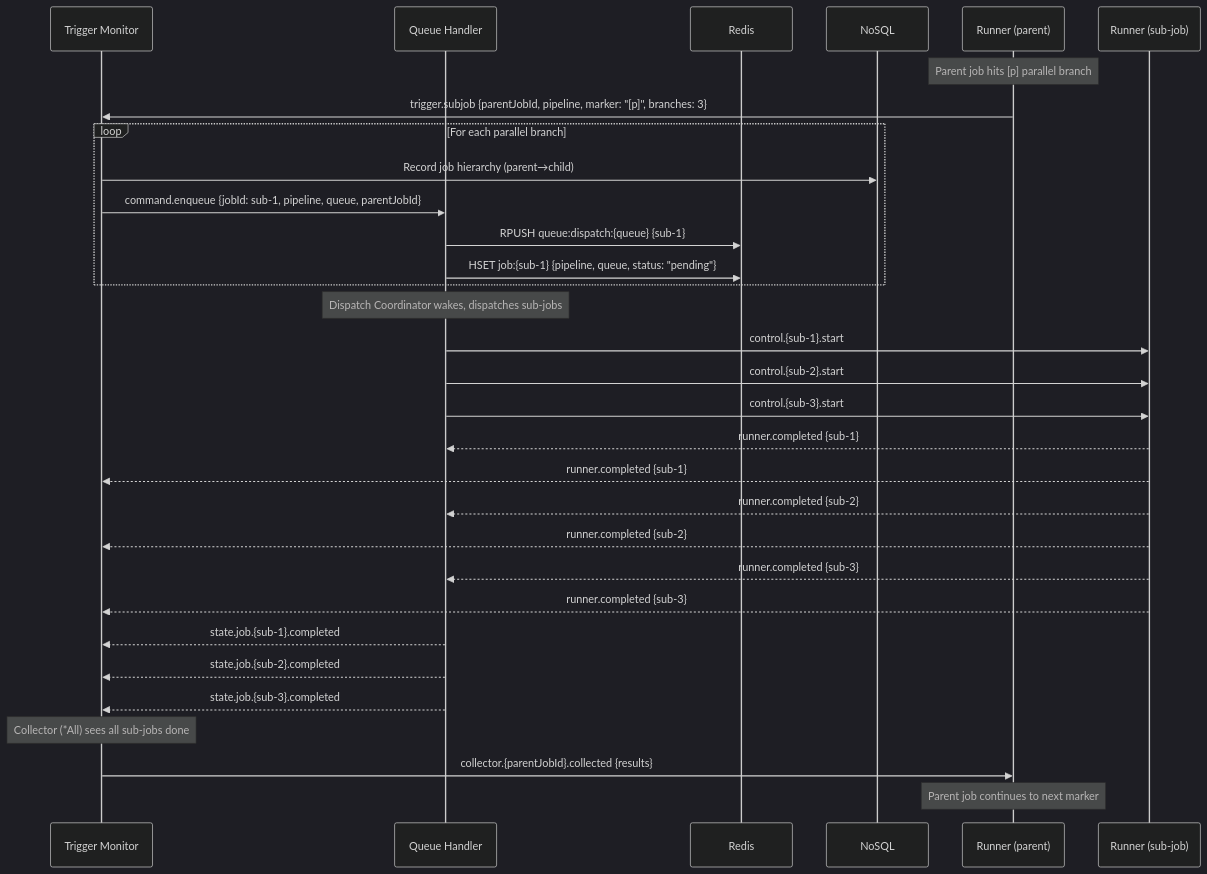
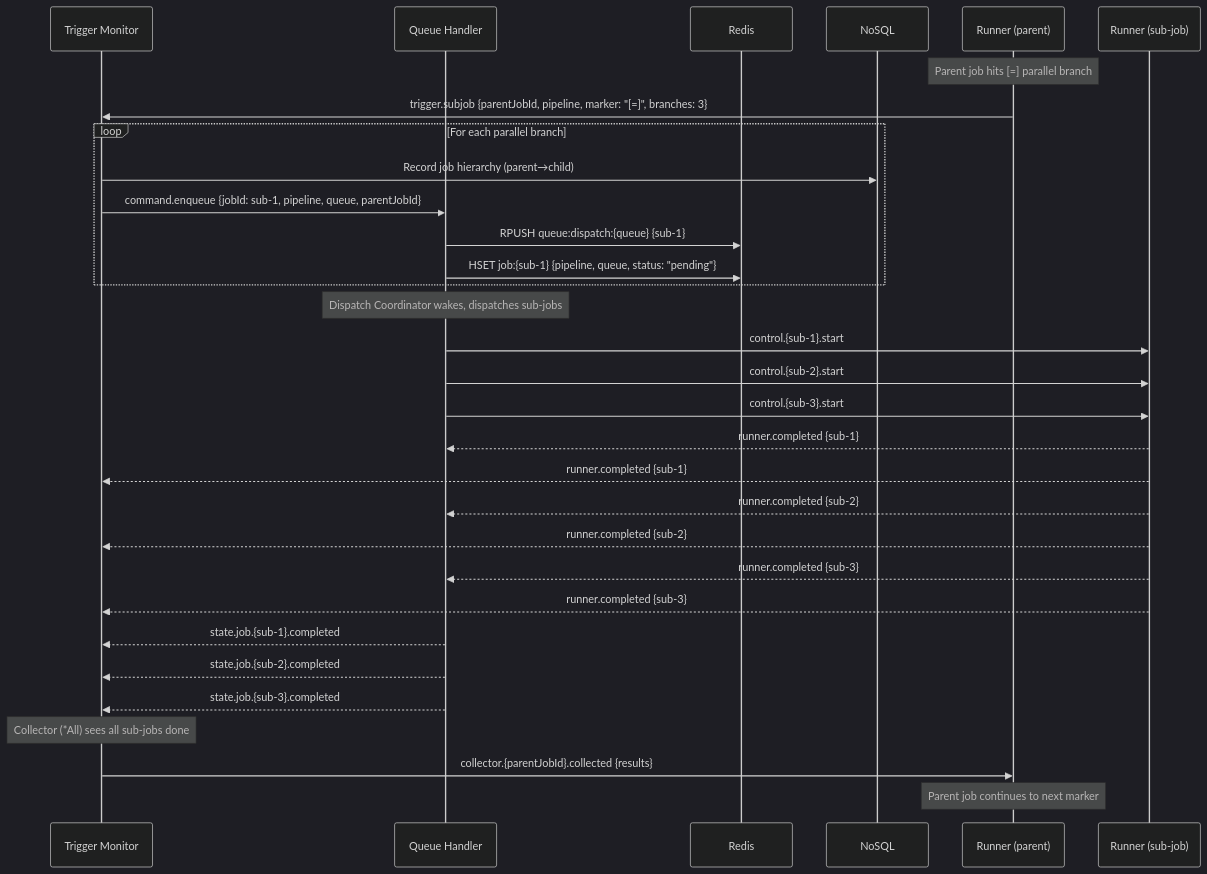
One commit to hasan-alj88/Polyglot changed the second of 5 diagrams in docs/technical/plan/queue-manager/sequence-diagrams.md. Above: the diagram before and after it, drawn with Mermaid (dark theme). The commit also changed other lines of this file and 47 other files, not shown here.

````diff
--- a/docs/technical/plan/queue-manager/sequence-diagrams.md
+++ b/docs/technical/plan/queue-manager/sequence-diagrams.md
@@ -52,39 +52,39 @@
 ```mermaid
 sequenceDiagram
     participant TM as Trigger Monitor
     participant QH as Queue Handler
     participant Redis
     participant NoSQL
     participant Runner as Runner (parent)
     participant SubRunner as Runner (sub-job)
 
-    Note over Runner: Parent job hits [p] parallel branch
-    Runner->>TM: trigger.subjob {parentJobId, pipeline, marker: "[p]", branches: 3}
+    Note over Runner: Parent job hits [=] parallel branch
+    Runner->>TM: trigger.subjob {parentJobId, pipeline, marker: "[=]", branches: 3}
     
     loop For each parallel branch
         TM->>NoSQL: Record job hierarchy (parent→child)
         TM->>QH: command.enqueue {jobId: sub-1, pipeline, queue, parentJobId}
         QH->>Redis: RPUSH queue:dispatch:{queue} {sub-1}
         QH->>Redis: HSET job:{sub-1} {pipeline, queue, status: "pending"}
     end
 
     Note over QH: Dispatch Coordinator wakes, dispatches sub-jobs
     QH->>SubRunner: control.{sub-1}.start
     QH->>SubRunner: control.{sub-2}.start
     QH->>SubRunner: control.{sub-3}.start
 
     SubRunner-->>QH: runner.completed {sub-1}
     SubRunner-->>TM: runner.completed {sub-1}
     SubRunner-->>QH: runner.completed {sub-2}
     SubRunner-->>TM: runner.completed {sub-2}
     SubRunner-->>QH: runner.completed {sub-3}
     SubRunner-->>TM: runner.completed {sub-3}
 
     QH-->>TM: state.job.{sub-1}.completed
     QH-->>TM: state.job.{sub-2}.completed
     QH-->>TM: state.job.{sub-3}.completed
 
     Note over TM: Collector (*All) sees all sub-jobs done
     TM->>Runner: collector.{parentJobId}.collected {results}
     Note over Runner: Parent job continues to next marker
 ```
````
